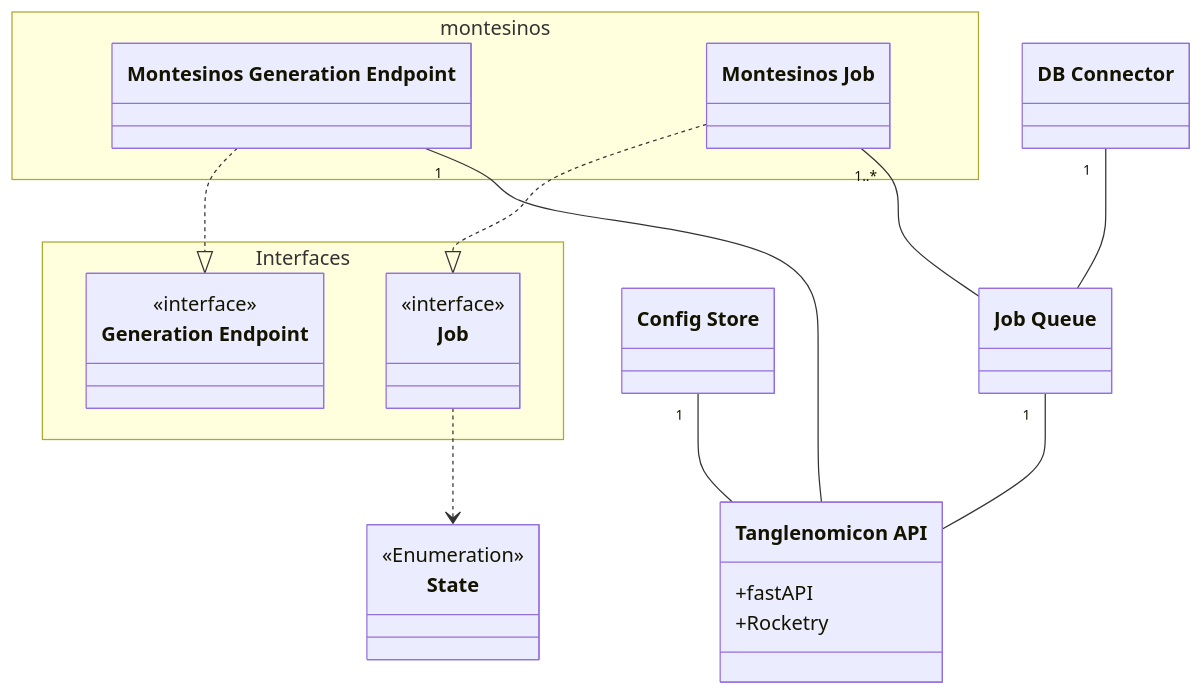
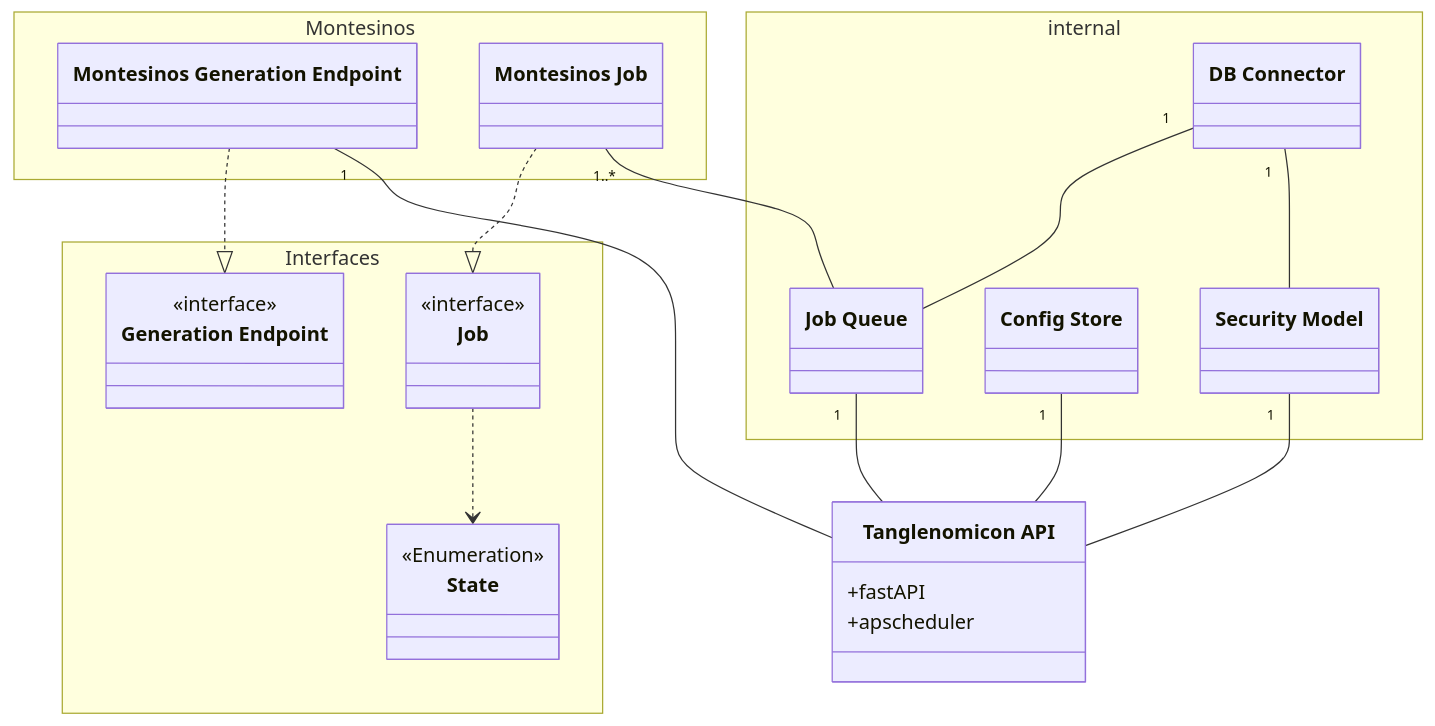
Before and after one commit to Uiowa-Applied-Topology/web_API: the second of 2 diagrams in README.md, drawn with Mermaid. The commit also changed other lines of this file and 11 other files, not shown here.

Commit message:
Updates docs class diagrams

````diff
--- a/README.md
+++ b/README.md
@@ -147,58 +147,67 @@
 ```mermaid
 
 classDiagram
 
 class tanglenomicon_data_api["Tanglenomicon API"]{
     +fastAPI
-    +Rocketry
+    +apscheduler
 }
 namespace Interfaces {
     class age["Generation Endpoint"]{
         <<interface>>
     }
 
     class aj["Job"]{
         <<interface>>
     }
 
+    class es["State"]{
+        <<Enumeration>>
+    }
 }
 
 
-namespace montesinos {
+namespace internal {
+
+    class dc["DB Connector"]{
+    }
+
+
+    class jq["Job Queue"]{
+
+    }
+
+    class cs["Config Store"]{
+
+    }
+    class sm["Security Model"]{
+
+    }
+}
+namespace Montesinos {
     class mge["Montesinos Generation Endpoint"]{
 
     }
 
 
     class mj["Montesinos Job"]{
     }
 
 }
 
-    class dc["DB Connector"]{
-    }
-
-    class es["State"]{
-        <<Enumeration>>
-    }
-
-    class jq["Job Queue"]{
-
-    }
-
-    class cs["Config Store"]{
-
-    }
 
 
 mge ..|> age
 mj ..|> aj
 aj ..> es
 cs "1"-- tanglenomicon_data_api
 
 jq "1" --  tanglenomicon_data_api
 mj "1..*" --  jq
 mge "1" --  tanglenomicon_data_api
+sm "1" --  tanglenomicon_data_api
 dc "1" --  jq
+dc "1" --  sm
+
 
 ```
````
